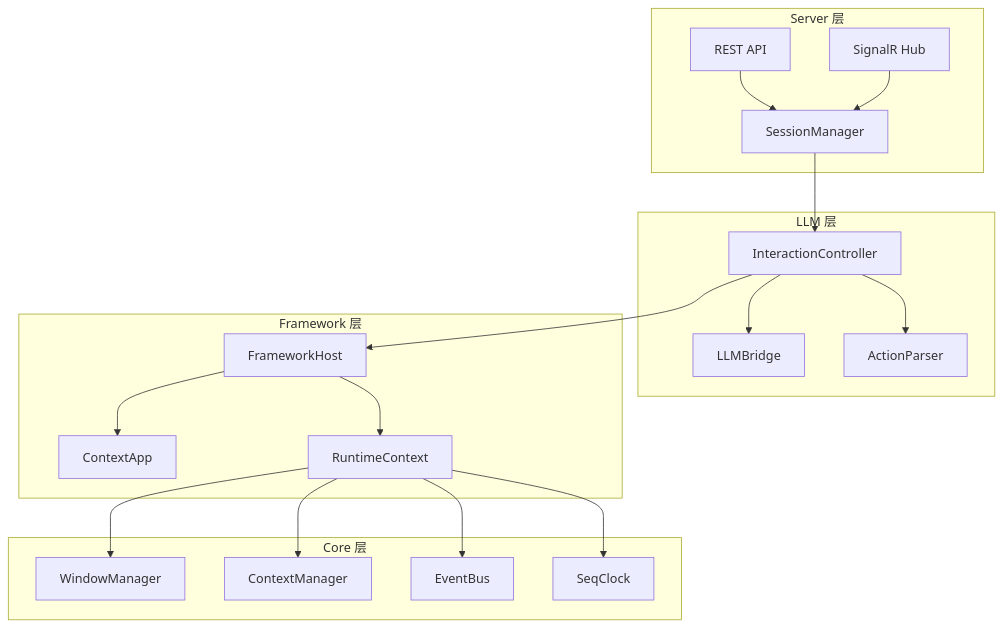
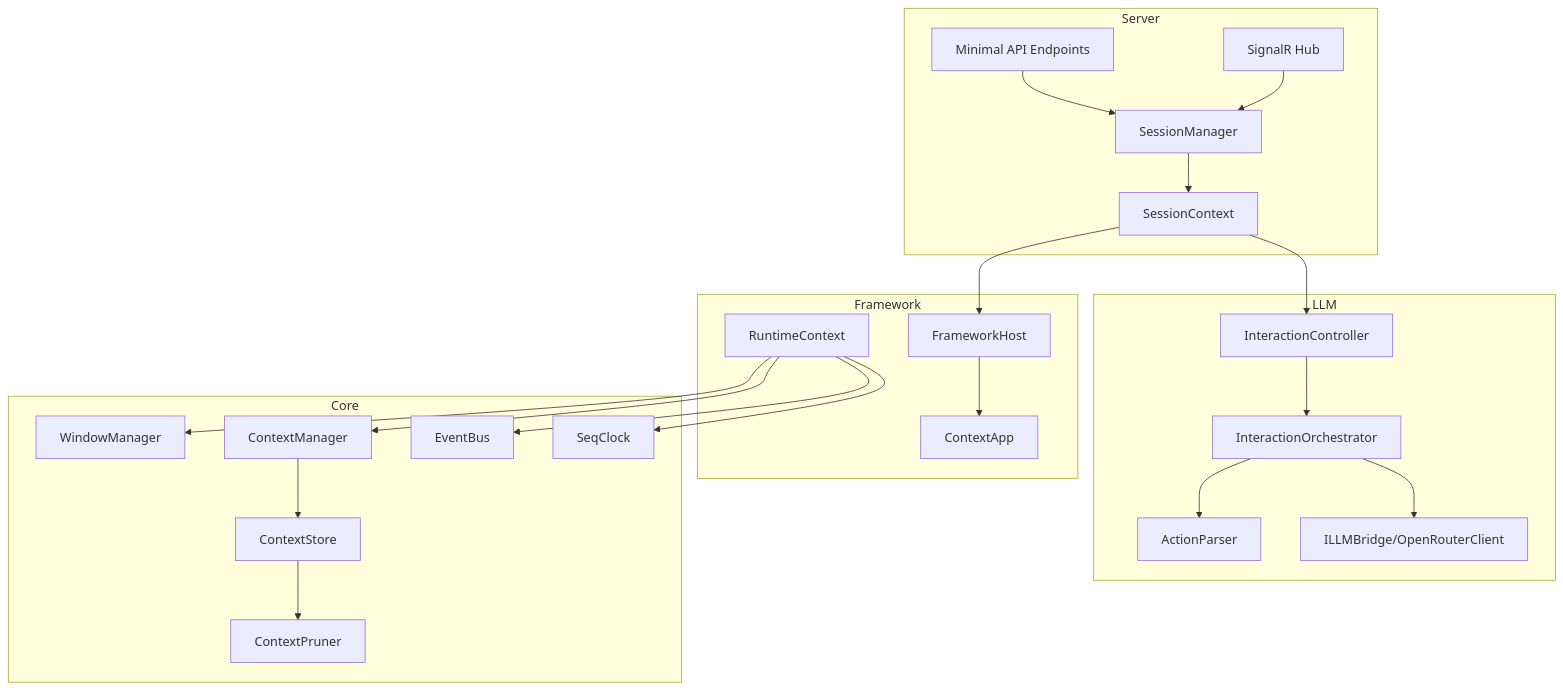
Before and after one commit to VoidState-1/AgentContextInterface: the diagram in docs/tech/00-overview.md, drawn with Mermaid. The commit also changed other lines of this file and 8 other files, not shown here.

````diff
--- a/docs/tech/00-overview.md
+++ b/docs/tech/00-overview.md
@@ -18,40 +15,47 @@
 ```mermaid
 graph TB
-    subgraph "Server 层"
-        API[REST API]
-        Hub[SignalR Hub]
+    subgraph "Server"
+        EP[Minimal API Endpoints]
+        HUB[SignalR Hub]
         SM[SessionManager]
+        SC[SessionContext]
     end
-    
-    subgraph "LLM 层"
-        IC[InteractionController]
-        LLM[LLMBridge]
-        Parser[ActionParser]
+
+    subgraph "LLM"
+        IOC[InteractionController]
+        IOR[InteractionOrchestrator]
+        PARSER[ActionParser]
+        BRIDGE[ILLMBridge/OpenRouterClient]
     end
-    
-    subgraph "Framework 层"
+
+    subgraph "Framework"
         FH[FrameworkHost]
-        Apps[ContextApp]
-        Runtime[RuntimeContext]
+        RC[RuntimeContext]
+        APP[ContextApp]
     end
-    
-    subgraph "Core 层"
+
+    subgraph "Core"
         WM[WindowManager]
         CM[ContextManager]
-        EB[EventBus]
-        Clock[SeqClock]
+        STORE[ContextStore]
+        PRUNER[ContextPruner]
+        BUS[EventBus]
+        CLK[SeqClock]
     end
-    
-    API --> SM
-    Hub --> SM
-    SM --> IC
-    IC --> LLM
-    IC --> Parser
-    IC --> FH
-    FH --> Apps
-    FH --> Runtime
-    Runtime --> WM
-    Runtime --> CM
-    Runtime --> EB
-    Runtime --> Clock
+
+    EP --> SM
+    HUB --> SM
+    SM --> SC
+    SC --> IOC
+    IOC --> IOR
+    IOR --> PARSER
+    IOR --> BRIDGE
+    SC --> FH
+    FH --> APP
+    RC --> WM
+    RC --> CM
+    CM --> STORE
+    STORE --> PRUNER
+    RC --> BUS
+    RC --> CLK
 ```
````
